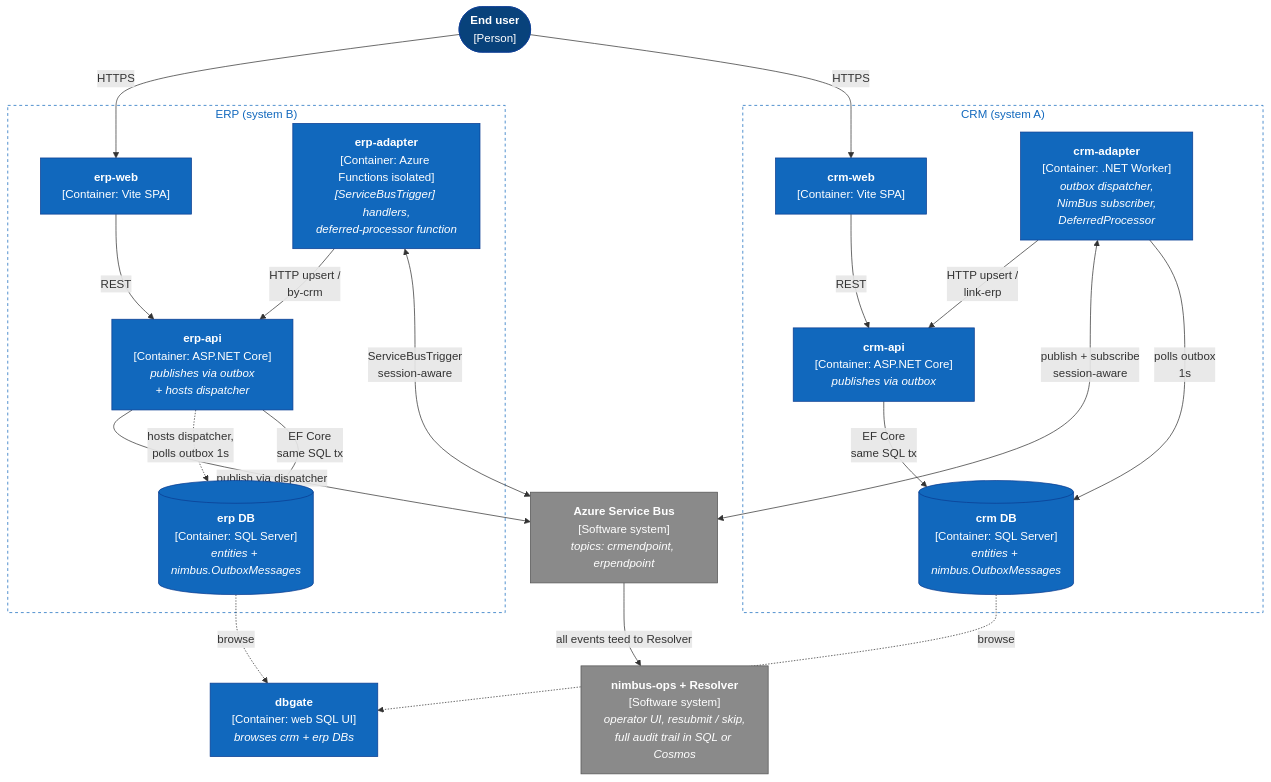
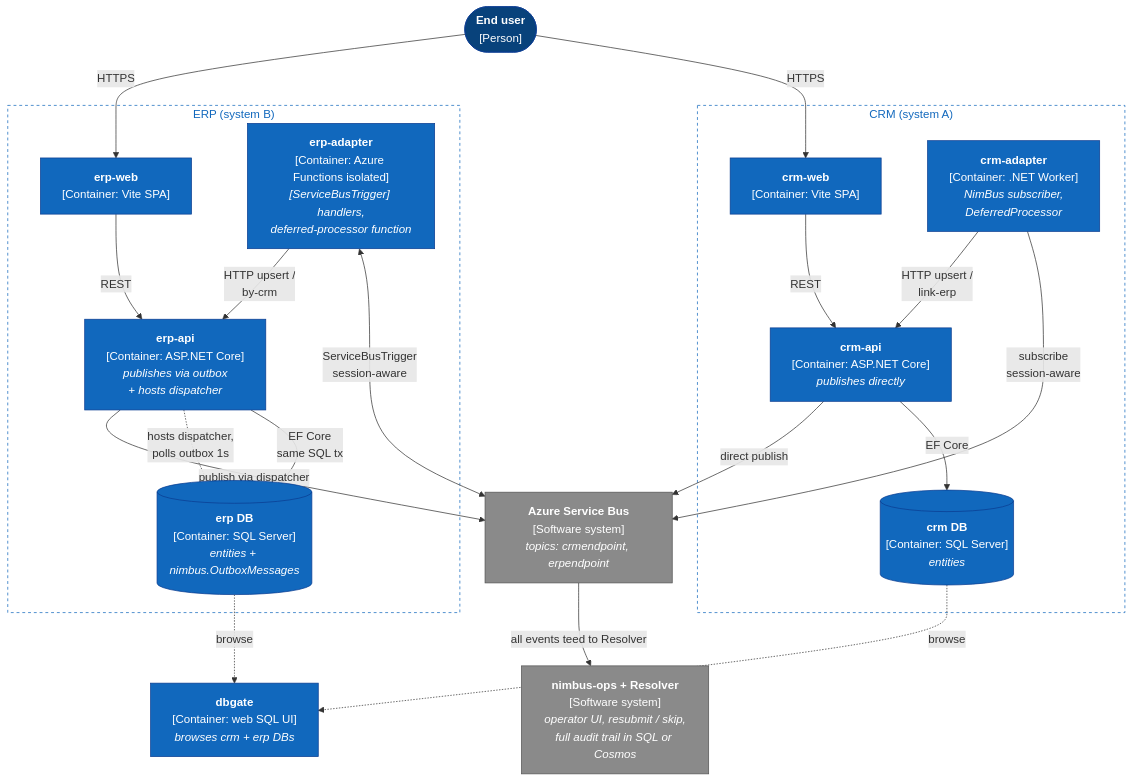
Before and after one commit to akakaule/NimBus: the first of 6 diagrams in samples/CrmErpDemo/README.md, drawn with Mermaid. The commit also changed other lines of this file and 18 other files, not shown here.

First line of the commit message:
refactor(samples): CrmErpDemo CRM-side publishes directly; outbox demo lives on ERP

````diff
--- a/samples/CrmErpDemo/README.md
+++ b/samples/CrmErpDemo/README.md
@@ -7,51 +7,51 @@
 ```mermaid
 graph TB
     user(["<b>End user</b><br/>[Person]"])
 
     subgraph crmSide["CRM (system A)"]
         crmWeb["<b>crm-web</b><br/>[Container: Vite SPA]"]
-        crmApi["<b>crm-api</b><br/>[Container: ASP.NET Core]<br/><i>publishes via outbox</i>"]
-        crmDb[("<b>crm DB</b><br/>[Container: SQL Server]<br/><i>entities + nimbus.OutboxMessages</i>")]
-        crmAdapter["<b>crm-adapter</b><br/>[Container: .NET Worker]<br/><i>outbox dispatcher,<br/>NimBus subscriber,<br/>DeferredProcessor</i>"]
+        crmApi["<b>crm-api</b><br/>[Container: ASP.NET Core]<br/><i>publishes directly</i>"]
+        crmDb[("<b>crm DB</b><br/>[Container: SQL Server]<br/><i>entities</i>")]
+        crmAdapter["<b>crm-adapter</b><br/>[Container: .NET Worker]<br/><i>NimBus subscriber,<br/>DeferredProcessor</i>"]
     end
 
     subgraph erpSide["ERP (system B)"]
         erpWeb["<b>erp-web</b><br/>[Container: Vite SPA]"]
         erpApi["<b>erp-api</b><br/>[Container: ASP.NET Core]<br/><i>publishes via outbox<br/>+ hosts dispatcher</i>"]
         erpDb[("<b>erp DB</b><br/>[Container: SQL Server]<br/><i>entities + nimbus.OutboxMessages</i>")]
         erpAdapter["<b>erp-adapter</b><br/>[Container: Azure Functions isolated]<br/><i>[ServiceBusTrigger] handlers,<br/>deferred-processor function</i>"]
     end
 
     sb["<b>Azure Service Bus</b><br/>[Software system]<br/><i>topics: crmendpoint, erpendpoint</i>"]
     ops["<b>nimbus-ops + Resolver</b><br/>[Software system]<br/><i>operator UI, resubmit / skip,<br/>full audit trail in SQL or Cosmos</i>"]
     dbgate["<b>dbgate</b><br/>[Container: web SQL UI]<br/><i>browses crm + erp DBs</i>"]
 
     user -->|HTTPS| crmWeb
     user -->|HTTPS| erpWeb
     crmWeb -->|REST| crmApi
     erpWeb -->|REST| erpApi
-    crmApi -->|EF Core<br/>same SQL tx| crmDb
+    crmApi -->|EF Core| crmDb
     erpApi -->|EF Core<br/>same SQL tx| erpDb
-    crmAdapter -->|polls outbox<br/>1s| crmDb
     erpApi -.->|hosts dispatcher,<br/>polls outbox 1s| erpDb
-    crmAdapter <-->|publish + subscribe<br/>session-aware| sb
+    crmApi -->|direct publish| sb
+    crmAdapter -->|subscribe<br/>session-aware| sb
     erpAdapter <-->|ServiceBusTrigger<br/>session-aware| sb
     erpApi -->|publish via dispatcher| sb
     crmAdapter -->|HTTP upsert /<br/>link-erp| crmApi
     erpAdapter -->|HTTP upsert /<br/>by-crm| erpApi
     sb -->|all events teed to Resolver| ops
     crmDb -.->|browse| dbgate
     erpDb -.->|browse| dbgate
 
     classDef person    fill:#08427b,stroke:#0b3d91,color:#ffffff
     classDef container fill:#1168bd,stroke:#0b3d91,color:#ffffff
     classDef store     fill:#1168bd,stroke:#0b3d91,color:#ffffff
     classDef external  fill:#8a8a8a,stroke:#545454,color:#ffffff
     classDef boundary  fill:none,stroke:#1168bd,stroke-dasharray:4 4,color:#1168bd
 
     class user person
     class crmWeb,crmApi,crmAdapter,erpWeb,erpApi,erpAdapter,dbgate container
     class crmDb,erpDb store
     class sb,ops external
     class crmSide,erpSide boundary
 ```
````
